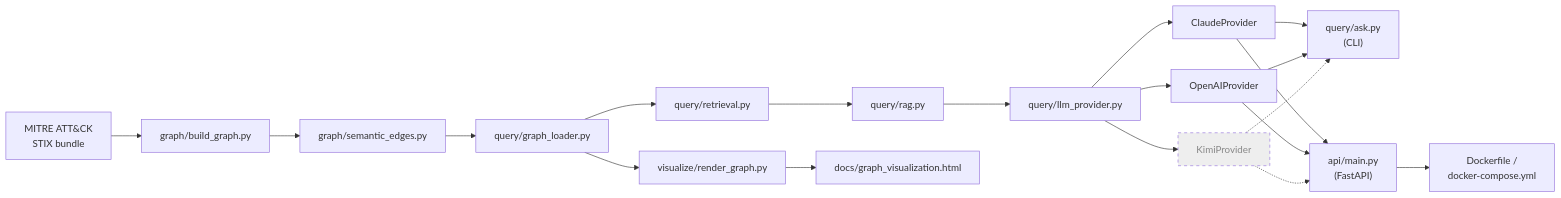
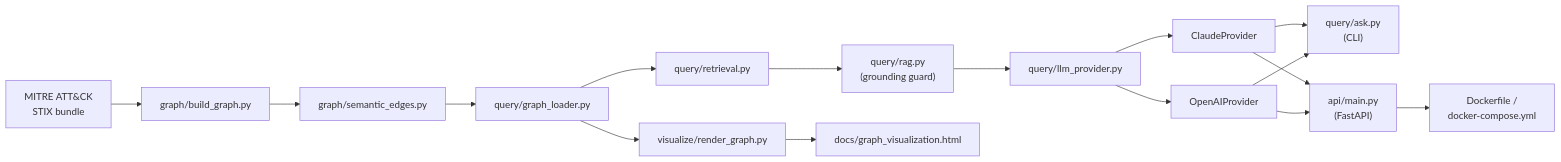
Before and after one commit to HungryBrain-bot/attackKnowledgeGraph: the first of 2 diagrams in README.md, drawn with Mermaid. The commit also changed other lines of this file, not shown here.

````diff
--- a/README.md
+++ b/README.md
@@ -123,24 +102,18 @@
 ```mermaid
 flowchart LR
     STIX["MITRE ATT&CK<br/>STIX bundle"] --> BG["graph/build_graph.py"]
     BG --> SE["graph/semantic_edges.py"]
     SE --> GL["query/graph_loader.py"]
     GL --> RET["query/retrieval.py"]
-    RET --> RAG["query/rag.py"]
+    RET --> RAG["query/rag.py<br/>(grounding guard)"]
     RAG --> LP["query/llm_provider.py"]
     LP --> CP["ClaudeProvider"]
     LP --> OP["OpenAIProvider"]
-    LP --> KP["KimiProvider"]
     CP --> ASK["query/ask.py<br/>(CLI)"]
     OP --> ASK
-    KP -.-> ASK
     CP --> API["api/main.py<br/>(FastAPI)"]
     OP --> API
-    KP -.-> API
     API --> DOCKER["Dockerfile /<br/>docker-compose.yml"]
     GL --> VZ["visualize/render_graph.py"]
     VZ --> HTMLOUT["docs/graph_visualization.html"]
-
-    classDef stub stroke-dasharray: 5 5,fill:#eee,color:#888;
-    class KP stub;
 ```
````
